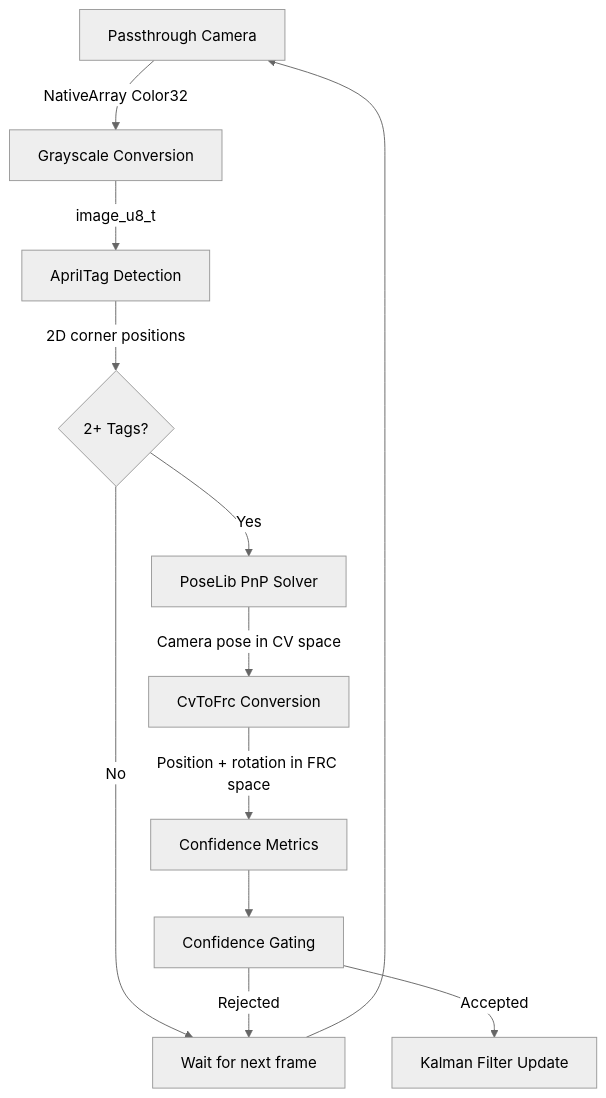
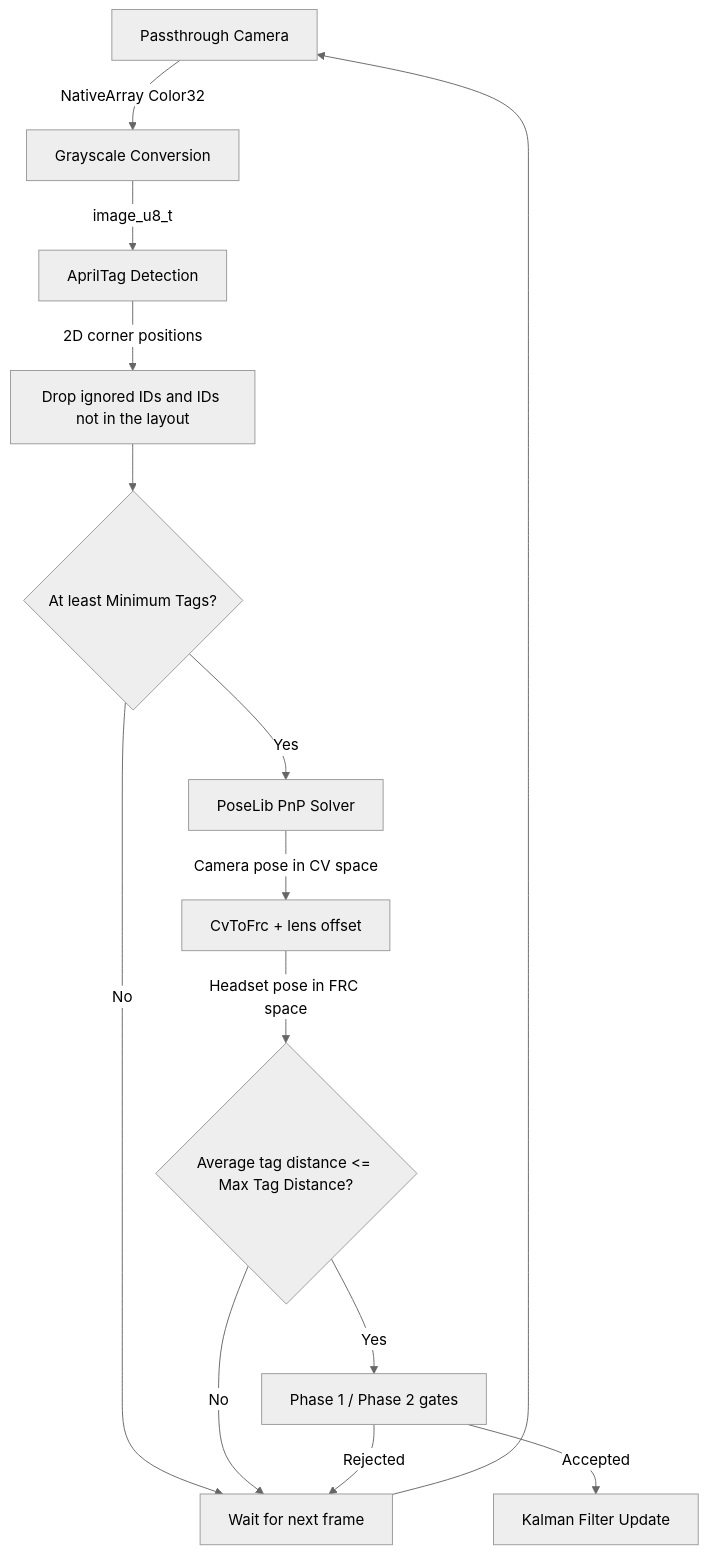
Before and after one commit to QuestNav/QuestNav: the diagram in docs/docs/4-apriltag-tracking/3-detection-pipeline.md, drawn with Mermaid (neutral theme). The commit also changed other lines of this file and 3 other files, not shown here.

````diff
--- a/docs/docs/4-apriltag-tracking/3-detection-pipeline.md
+++ b/docs/docs/4-apriltag-tracking/3-detection-pipeline.md
@@ -11,14 +15,16 @@
 ```mermaid
 flowchart TD
     A["Passthrough Camera"] -->|"NativeArray Color32"| B["Grayscale Conversion"]
     B -->|"image_u8_t"| C["AprilTag Detection"]
-    C -->|"2D corner positions"| D{"2+ Tags?"}
+    C -->|"2D corner positions"| C2["Drop ignored IDs and IDs not in the layout"]
+    C2 --> D{"At least Minimum Tags?"}
     D -->|No| Wait["Wait for next frame"]
     D -->|Yes| E["PoseLib PnP Solver"]
-    E -->|"Camera pose in CV space"| F["CvToFrc Conversion"]
-    F -->|"Position + rotation in FRC space"| G["Confidence Metrics"]
-    G --> H["Confidence Gating"]
+    E -->|"Camera pose in CV space"| F["CvToFrc + lens offset"]
+    F -->|"Headset pose in FRC space"| G{"Average tag distance <= Max Tag Distance?"}
+    G -->|No| Wait
+    G -->|Yes| H["Phase 1 / Phase 2 gates"]
     H -->|Accepted| I["Kalman Filter Update"]
     H -->|Rejected| Wait
     Wait --> A
 ```
````
